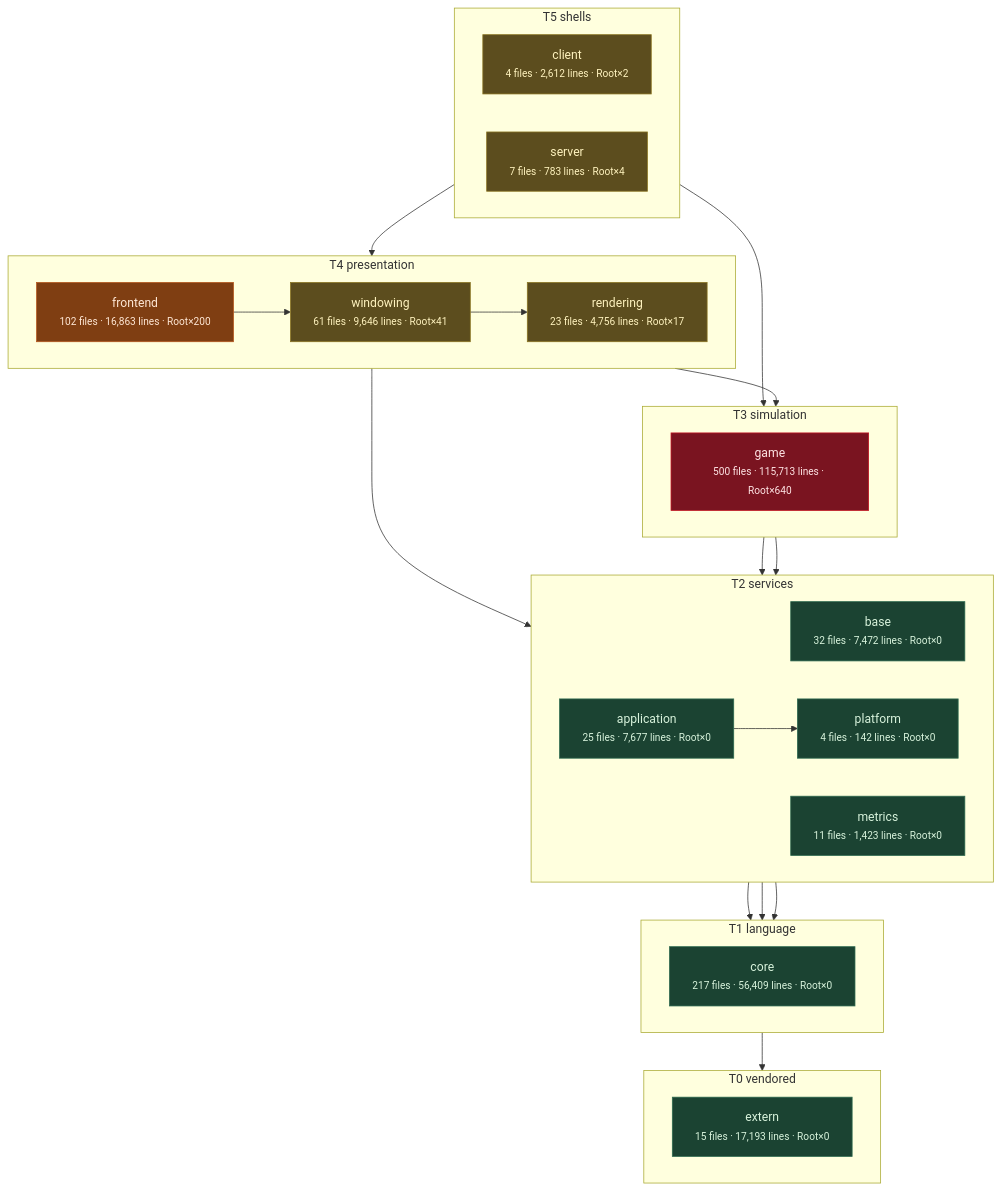
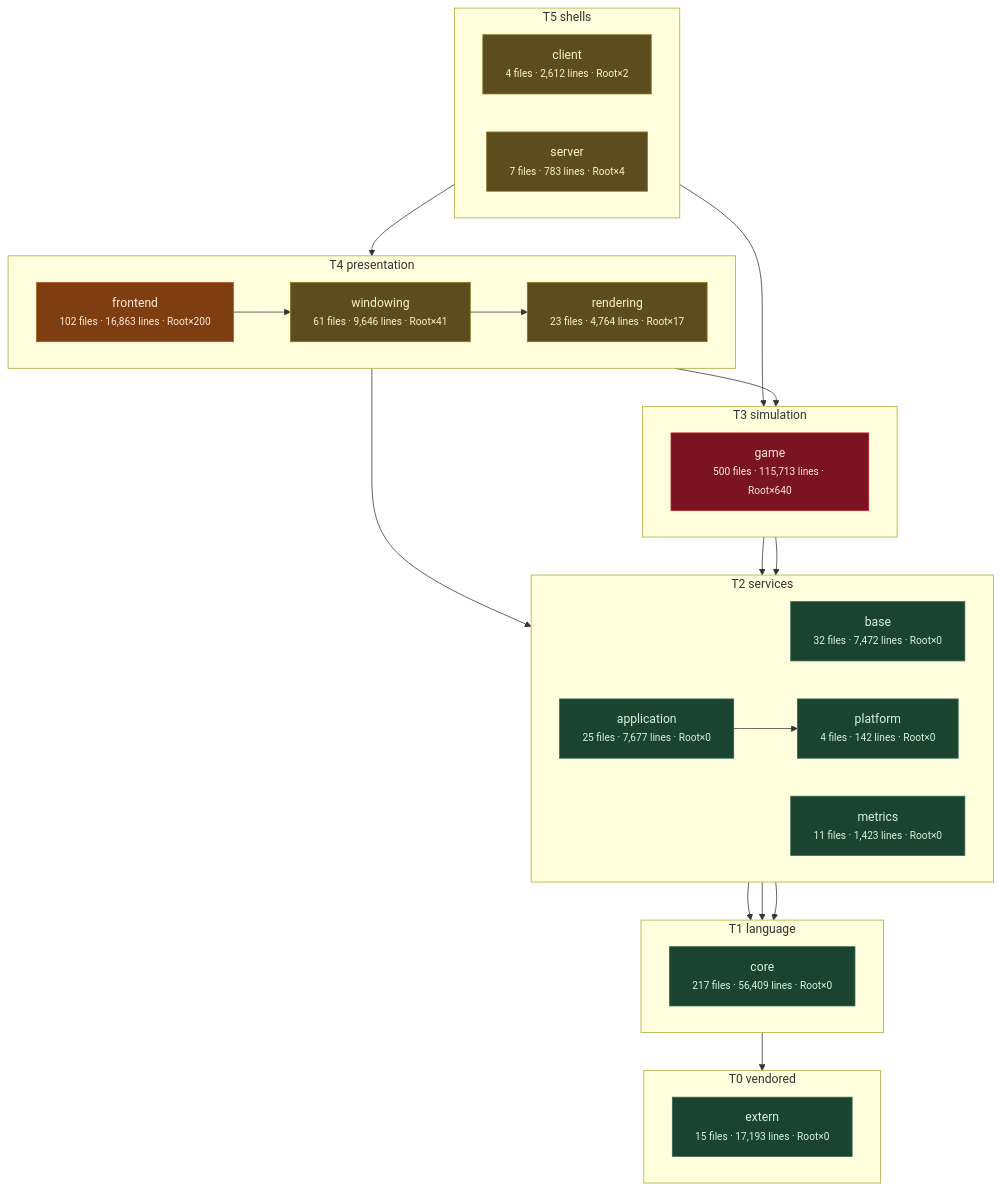
The third of 11 diagrams in docs/architecture/system-boundaries.md (apnex/OpenStarbound), drawn with Mermaid before and after one commit. The commit also changed other lines of this file and 2 other files, not shown here.

````diff
--- a/docs/architecture/system-boundaries.md
+++ b/docs/architecture/system-boundaries.md
@@ -271,54 +271,54 @@
 ```mermaid
 flowchart TD
   subgraph T0["T0 vendored"]
     direction LR
     extern["extern<br/><small>15 files · 17,193 lines · Root×0</small>"]
   end
   subgraph T1["T1 language"]
     direction LR
     core["core<br/><small>217 files · 56,409 lines · Root×0</small>"]
   end
   subgraph T2["T2 services"]
     direction LR
     base["base<br/><small>32 files · 7,472 lines · Root×0</small>"]
     metrics["metrics<br/><small>11 files · 1,423 lines · Root×0</small>"]
     platform["platform<br/><small>4 files · 142 lines · Root×0</small>"]
     application["application<br/><small>25 files · 7,677 lines · Root×0</small>"]
   end
   subgraph T3["T3 simulation"]
     direction LR
     game["game<br/><small>500 files · 115,713 lines · Root×640</small>"]
   end
   subgraph T4["T4 presentation"]
     direction LR
-    rendering["rendering<br/><small>23 files · 4,756 lines · Root×17</small>"]
+    rendering["rendering<br/><small>23 files · 4,764 lines · Root×17</small>"]
     windowing["windowing<br/><small>61 files · 9,646 lines · Root×41</small>"]
     frontend["frontend<br/><small>102 files · 16,863 lines · Root×200</small>"]
   end
   subgraph T5["T5 shells"]
     direction LR
     client["client<br/><small>4 files · 2,612 lines · Root×2</small>"]
     server["server<br/><small>7 files · 783 lines · Root×4</small>"]
   end
   core --> extern
   base --> core
   metrics --> core
   platform --> core
   application --> platform
   game --> base
   game --> platform
   rendering --> application
   rendering --> game
   windowing --> rendering
   frontend --> windowing
   client --> frontend
   server --> game
   classDef clean fill:#1b4332,stroke:#2d6a4f,color:#d8f3dc
   classDef warm  fill:#5c4d1e,stroke:#8a7420,color:#fff3bf
   classDef hot   fill:#7f3e12,stroke:#b5561b,color:#ffe8d6
   classDef blaze fill:#7a1420,stroke:#c1121f,color:#ffe5e5
   class extern,core,base,metrics,platform,application clean
   class rendering,windowing,client,server warm
   class frontend hot
   class game blaze
 ```
````
